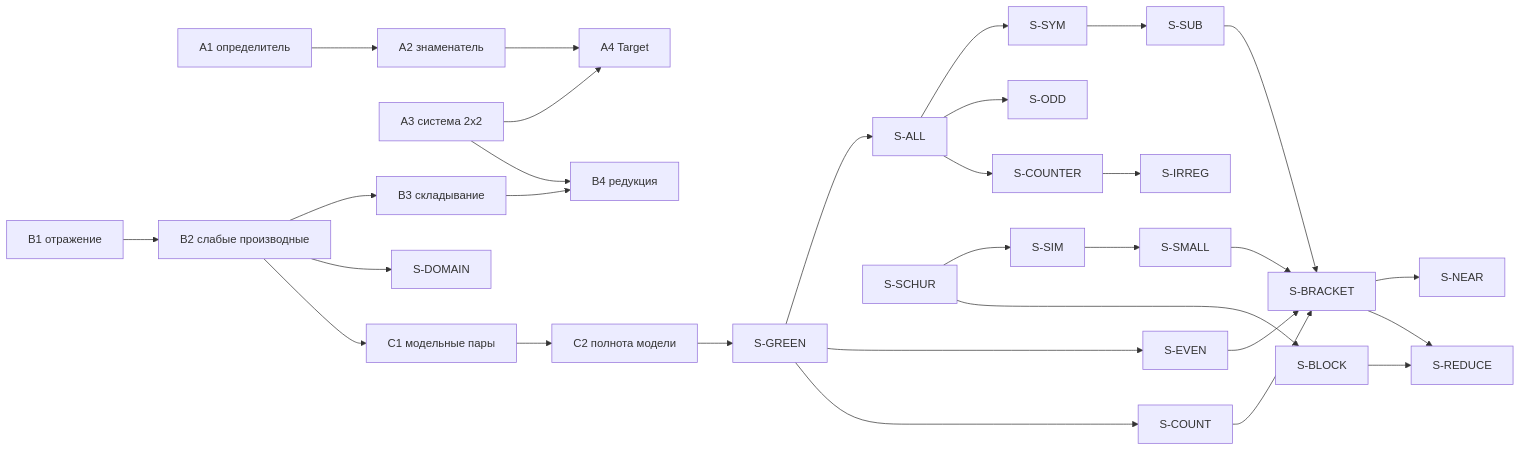
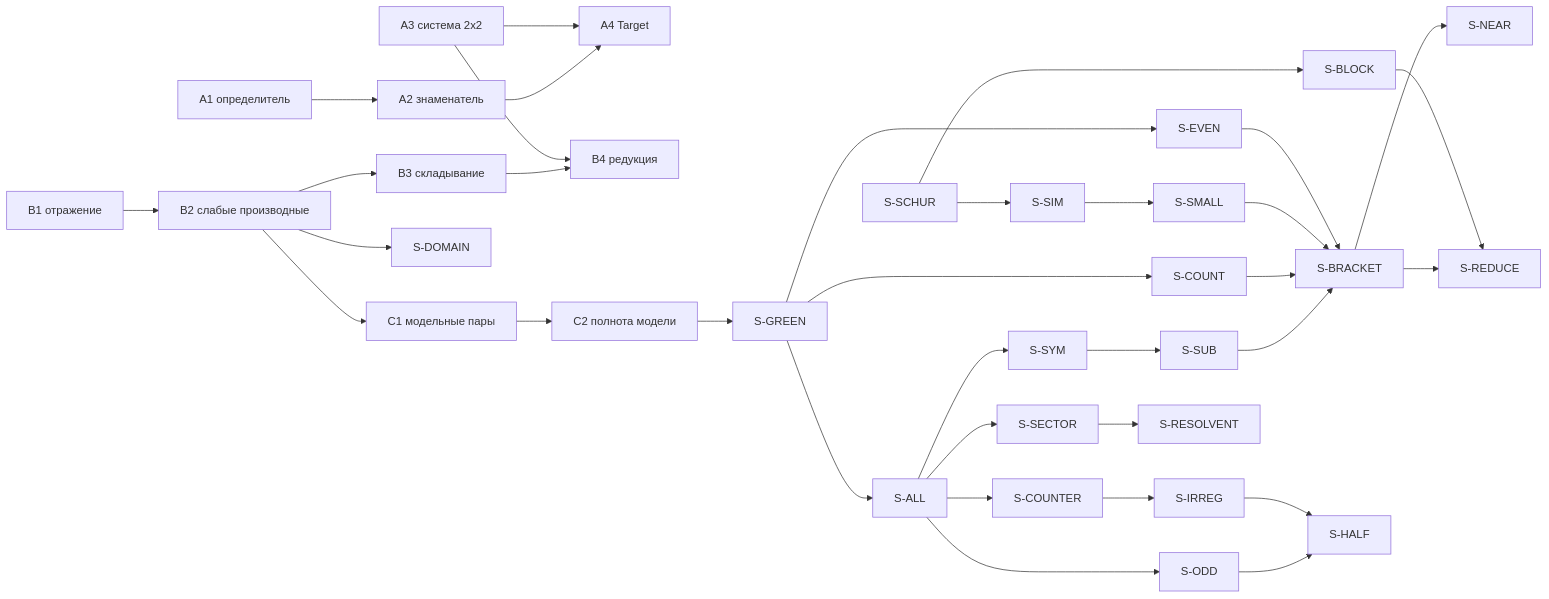
Before and after one commit to LeoLourson/Learning-Lean: the diagram in blueprint.md, drawn with Mermaid. The commit also changed other lines of this file and 73 other files, not shown here.

````diff
--- a/blueprint.md
+++ b/blueprint.md
@@ -55,32 +59,36 @@
 ```mermaid
 graph LR
   A1[A1 определитель] --> A2[A2 знаменатель]
   A2 --> A4[A4 Target]
   A3[A3 система 2x2] --> A4
   B1[B1 отражение] --> B2[B2 слабые производные]
   B2 --> B3[B3 складывание]
   B3 --> B4[B4 редукция]
   A3 --> B4
   B2 --> SDOM[S-DOMAIN]
   B2 --> C1[C1 модельные пары]
   C1 --> C2[C2 полнота модели]
   C2 --> SG[S-GREEN]
   SG --> SALL[S-ALL]
   SG --> SEVEN[S-EVEN]
   SALL --> SSYM[S-SYM]
   SSYM --> SSUB[S-SUB]
   SCH[S-SCHUR] --> SSIM[S-SIM]
   SSIM --> SSMALL[S-SMALL]
   SG --> SCOUNT[S-COUNT]
   SSUB --> SBR[S-BRACKET]
   SCOUNT --> SBR
   SSMALL --> SBR
   SEVEN --> SBR
   SBR --> SNEAR[S-NEAR]
   SCH --> SBLOCK[S-BLOCK]
   SBR --> SRED[S-REDUCE]
   SBLOCK --> SRED
   SALL --> SODD[S-ODD]
+  SALL --> SSEC[S-SECTOR]
+  SSEC --> SRES[S-RESOLVENT]
+  SODD --> SHALF[S-HALF]
+  SIRR --> SHALF
   SALL --> SCNT[S-COUNTER]
   SCNT --> SIRR[S-IRREG]
 ```
````
